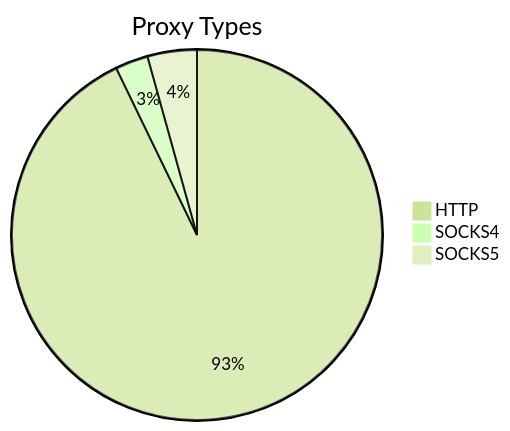
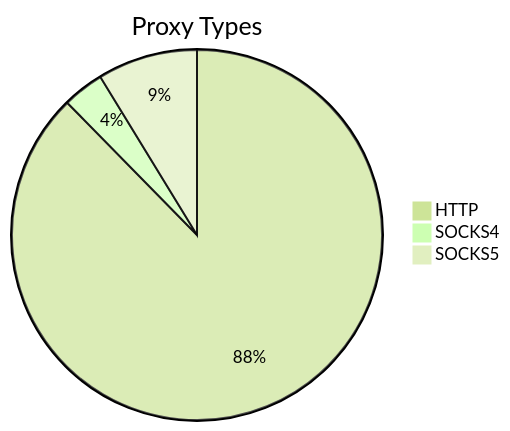
One commit to stormsia/proxy-list changed the first of 2 diagrams in README.md. Above: the diagram before and after it, drawn with Mermaid (forest theme). The commit also changed other lines of this file, not shown here.

````diff
--- a/README.md
+++ b/README.md
@@ -21,6 +21,6 @@
 ```mermaid
 pie title Proxy Types
-    "HTTP" : 388
+    "HTTP" : 291
     "SOCKS4" : 12
-    "SOCKS5" : 18
+    "SOCKS5" : 29
 ```
````
